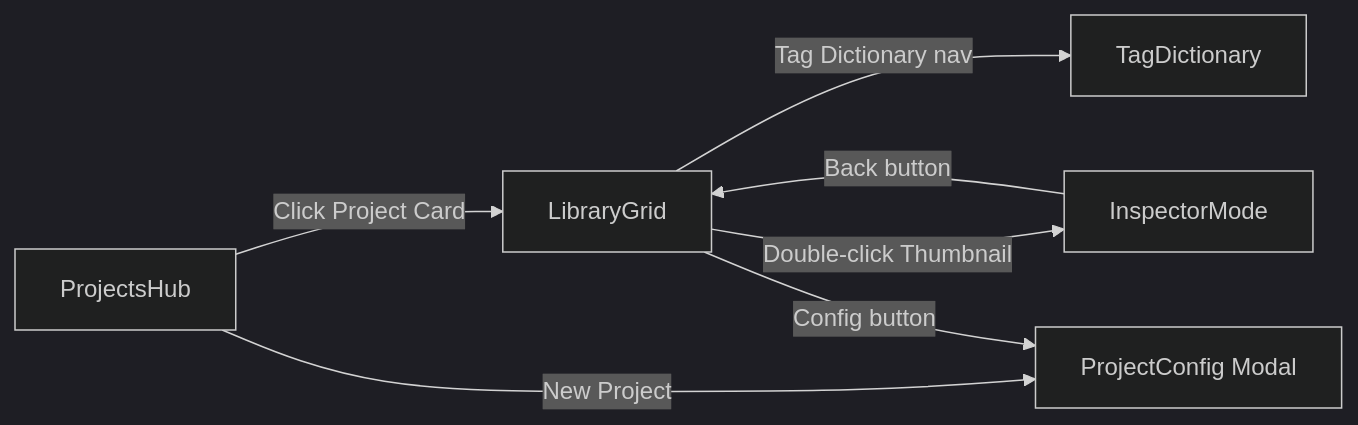
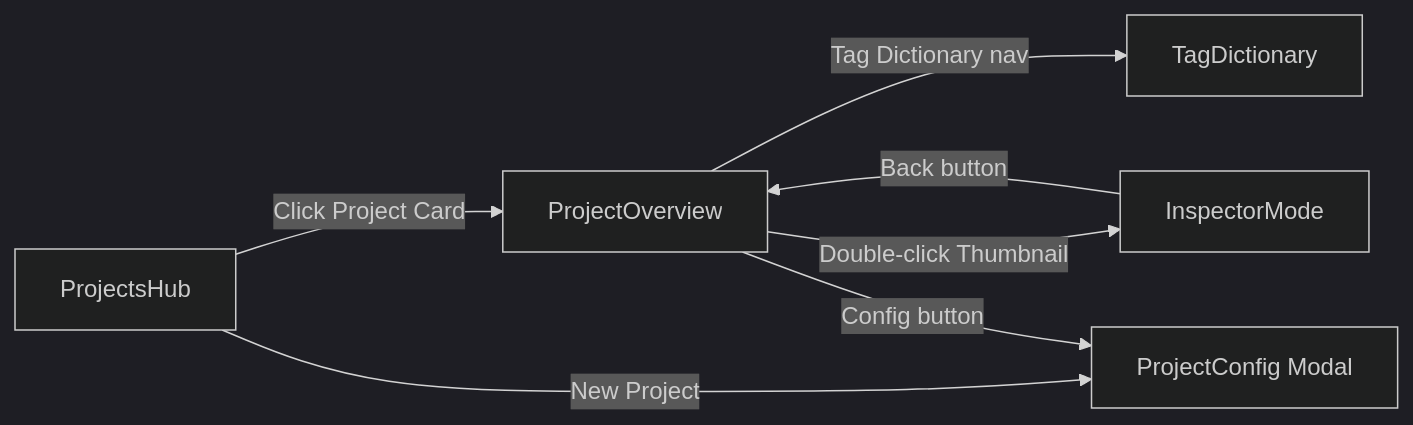
Before and after one commit to GreenDragon422/DatasetStudio: the first of 6 diagrams in .kiro/specs/DatasetStudio/design.md, drawn with Mermaid (dark theme). The commit also changed other lines of this file and 14 other files, not shown here.

Commit message:
Align Project Overview naming across app

````diff
--- a/.kiro/specs/DatasetStudio/design.md
+++ b/.kiro/specs/DatasetStudio/design.md
@@ -55,9 +55,9 @@
 ```mermaid
 graph LR
-    A[ProjectsHub] -->|Click Project Card| B[LibraryGrid]
+    A[ProjectsHub] -->|Click Project Card| B[ProjectOverview]
     B -->|Double-click Thumbnail| C[InspectorMode]
     C -->|Back button| B
     B -->|Tag Dictionary nav| D[TagDictionary]
     A -->|New Project| E[ProjectConfig Modal]
     B -->|Config button| E
 ```
````
